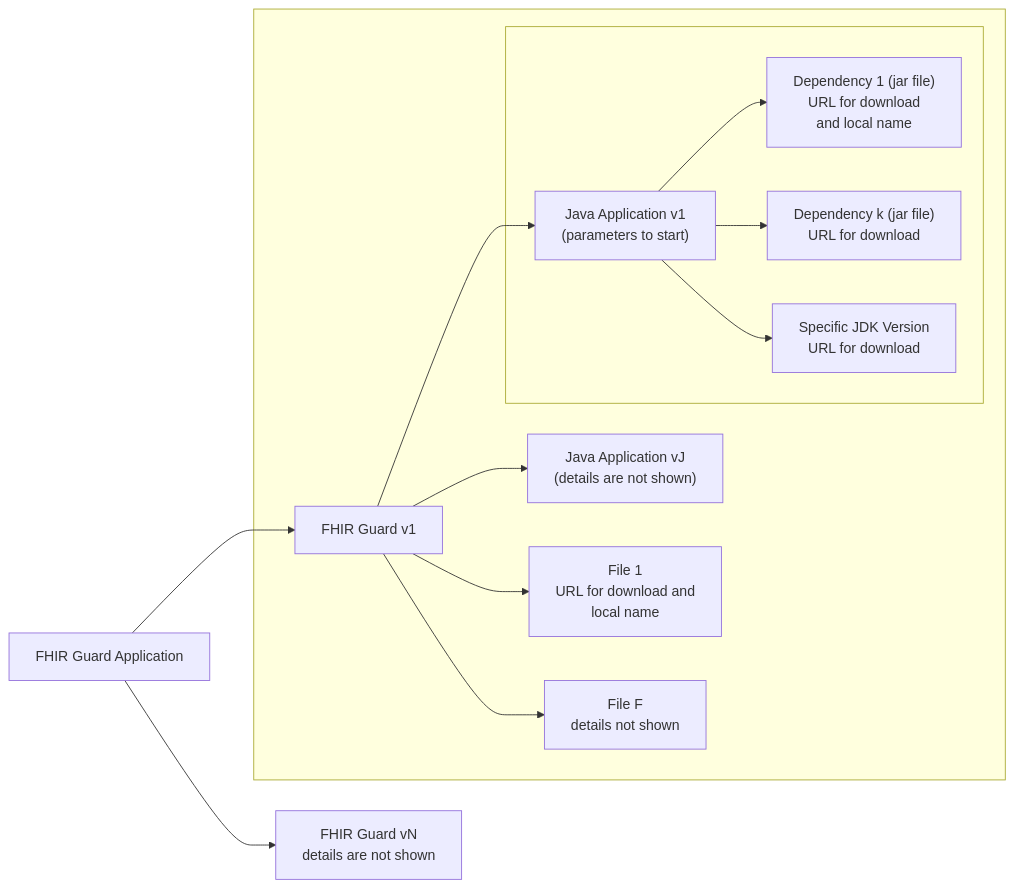
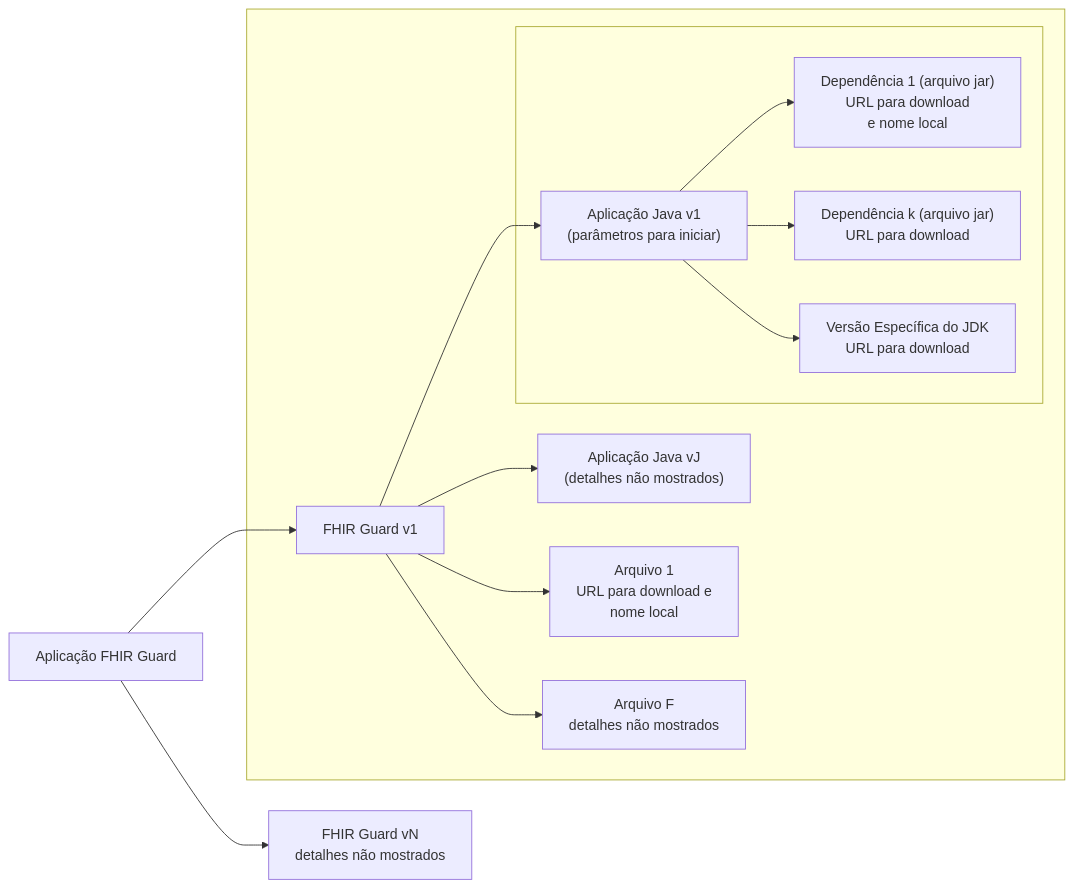
Before and after one commit to kyriosdata/construcao-2025-01: the diagram in docs/fg.md, drawn with Mermaid. The commit also changed other lines of this file, not shown here.

````diff
--- a/docs/fg.md
+++ b/docs/fg.md
@@ -70,18 +79,18 @@
 ```mermaid
 graph LR
-    FHIR_Guard["FHIR Guard Application"] --> FG_V1["FHIR Guard v1"]
-    FHIR_Guard --> FG_Vn["FHIR Guard vN<br>details are not shown"]
+    FHIR_Guard["Aplicação FHIR Guard"] --> FG_V1["FHIR Guard v1"]
+    FHIR_Guard --> FG_Vn["FHIR Guard vN<br>detalhes não mostrados"]
 
     subgraph FG_V1_Details [" "]
-        FG_V1 --> FG1_App1["Java Application v1<br>(parameters to start)"]
-        FG_V1 --> FG1_App2["Java Application vJ<br>(details are not shown)"]
-        FG_V1 --> FG1_File1["File 1<br>URL for download and<br>local name"]
-        FG_V1 --> FG1_FileN["File F<br>details not shown"]
+        FG_V1 --> FG1_App1["Aplicação Java v1<br>(parâmetros para iniciar)"]
+        FG_V1 --> FG1_App2["Aplicação Java vJ<br>(detalhes não mostrados)"]
+        FG_V1 --> FG1_File1["Arquivo 1<br>URL para download e<br>nome local"]
+        FG_V1 --> FG1_FileN["Arquivo F<br>detalhes não mostrados"]
         
         subgraph FG1_App1_Details [" "]
-            FG1_App1 --> FG1_App1_Dependencies["Dependency 1 (jar file)<br>URL for download<br>and local name"]
-            FG1_App1 --> FG1_App2_Dependencies["Dependency k (jar file)<br>URL for download"]
-            FG1_App1 --> FG1_App1_JDK["Specific JDK Version<br>URL for download"]
+            FG1_App1 --> FG1_App1_Dependencies["Dependência 1 (arquivo jar)<br>URL para download<br>e nome local"]
+            FG1_App1 --> FG1_App2_Dependencies["Dependência k (arquivo jar)<br>URL para download"]
+            FG1_App1 --> FG1_App1_JDK["Versão Específica do JDK<br>URL para download"]
         end
     end
 ```
````
